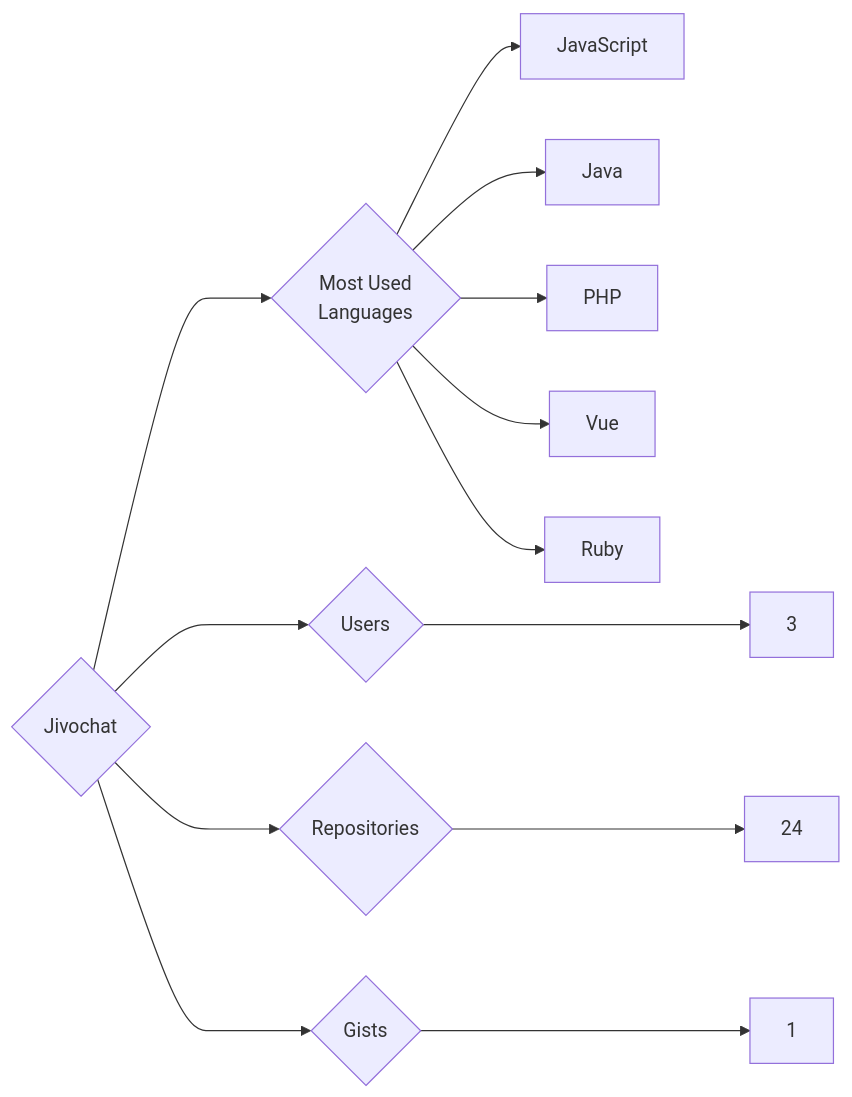
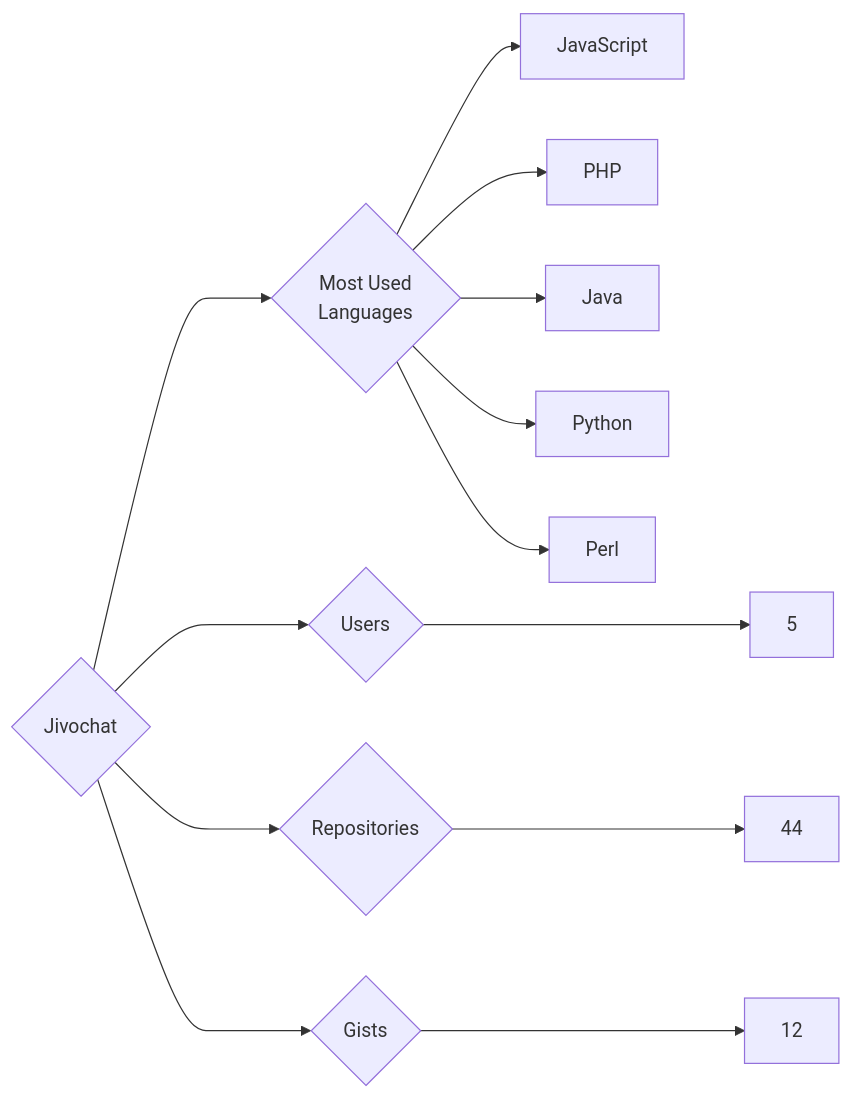
One commit to trickest/insiders changed the diagram in targets/Jivochat/README.md. Above: the diagram before and after it, drawn with Mermaid. The commit also changed 757 other files, not shown here.

````diff
--- a/targets/Jivochat/README.md
+++ b/targets/Jivochat/README.md
@@ -3,13 +3,13 @@
 ```mermaid
 graph LR
 COMPANY_NAME{Jivochat}
-COMPANY_NAME ---> U{Users} ---> UN[3]
-COMPANY_NAME ---> R{Repositories} ---> RN[24]
-COMPANY_NAME ---> G{Gists} ---> GN[1]
+COMPANY_NAME ---> U{Users} ---> UN[5]
+COMPANY_NAME ---> R{Repositories} ---> RN[44]
+COMPANY_NAME ---> G{Gists} ---> GN[12]
 COMPANY_NAME ---> ML{Most Used<br>Languages}
 ML --> JavaScript[JavaScript]
+ML --> PHP[PHP]
 ML --> Java[Java]
-ML --> PHP[PHP]
-ML --> Vue[Vue]
-ML --> Ruby[Ruby]
+ML --> Python[Python]
+ML --> Perl[Perl]
 ```
````
